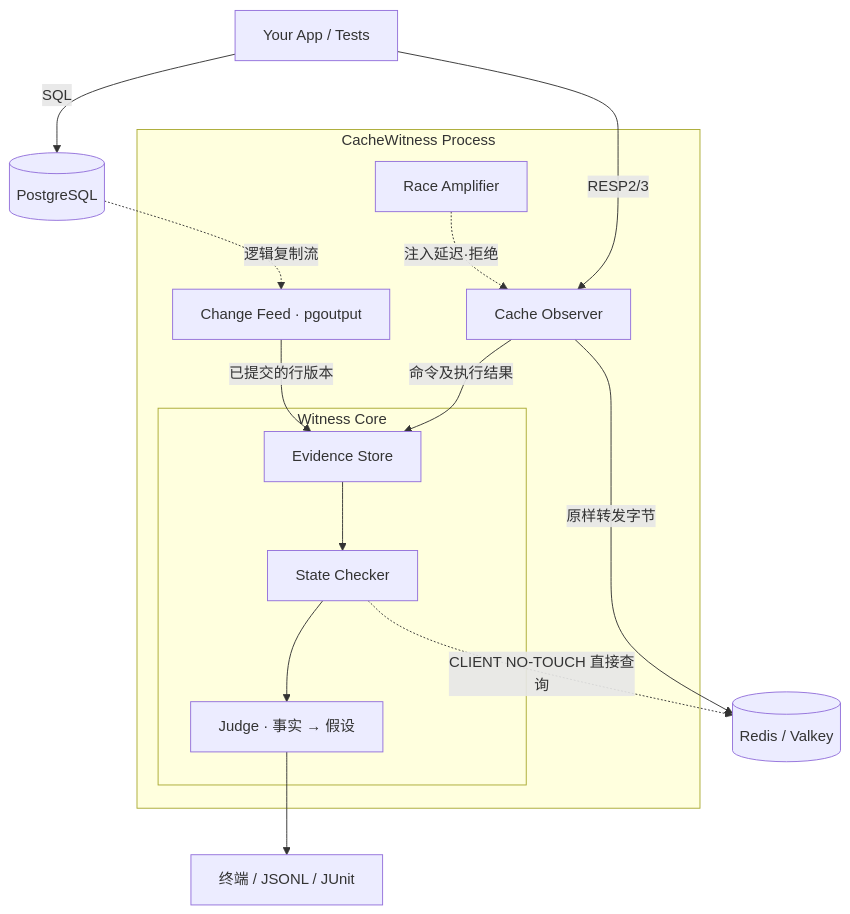
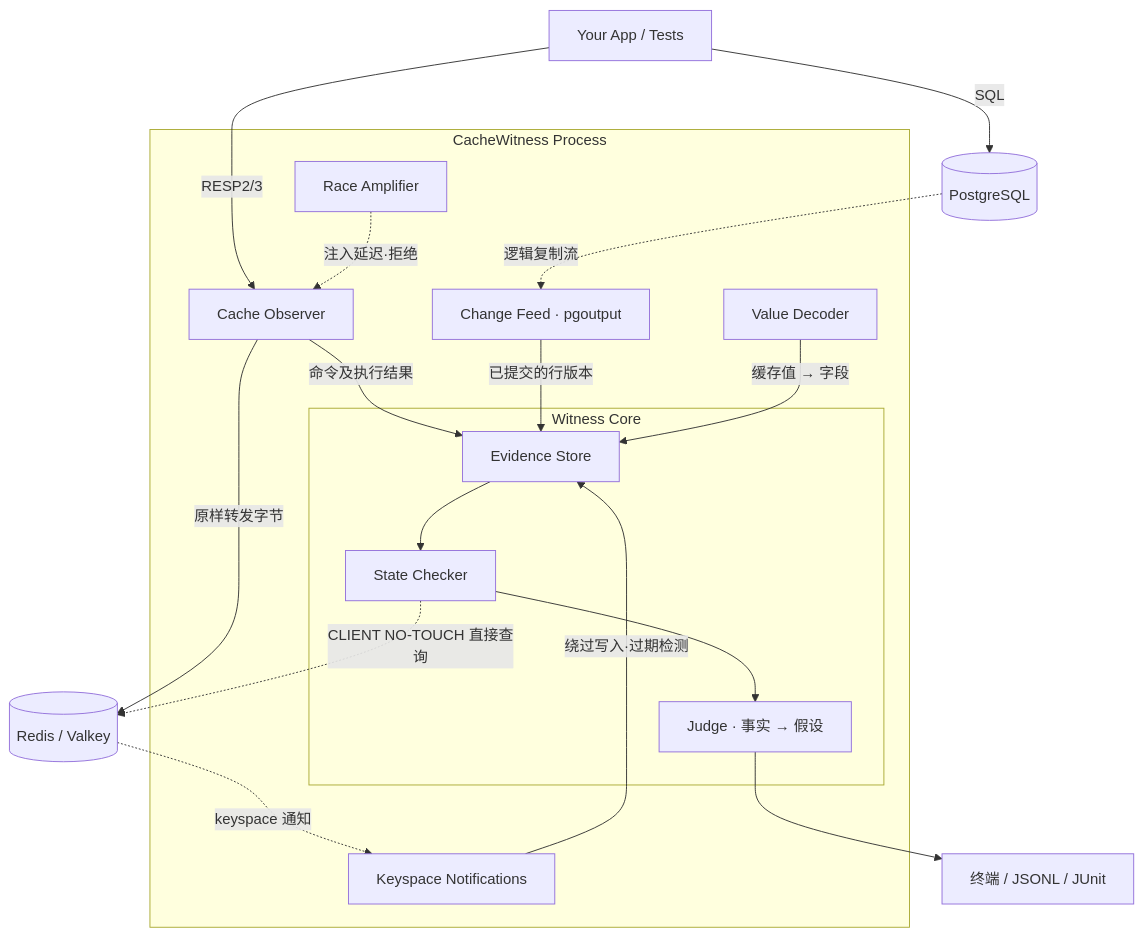
The diagram in docs/readme/README_zh.md (AsyncNomad/CacheWitness), drawn with Mermaid before and after one commit. The commit also changed other lines of this file and 3 other files, not shown here.

````diff
--- a/docs/readme/README_zh.md
+++ b/docs/readme/README_zh.md
@@ -199,27 +203,32 @@
 ```mermaid
 graph TD
     App[Your App / Tests] -->|RESP2/3| Observer
     App -->|SQL| PG[(PostgreSQL)]
 
     subgraph Process [CacheWitness Process]
         Observer[Cache Observer]
         Feed[Change Feed · pgoutput]
+        Notif[Keyspace Notifications]
+        Decode[Value Decoder]
         Amp[Race Amplifier]
 
         subgraph Core [Witness Core]
             Store[Evidence Store]
             Checker[State Checker]
             Judge[Judge · 事实 → 假设]
         end
 
         Observer -->|命令及执行结果| Store
         Feed -->|已提交的行版本| Store
+        Notif -->|绕过写入·过期检测| Store
+        Decode -->|缓存值 → 字段| Store
         Store --> Checker --> Judge
         Amp -.->|注入延迟·拒绝| Observer
     end
 
     Observer -->|原样转发字节| Redis[(Redis / Valkey)]
     PG -.->|逻辑复制流| Feed
+    Redis -.->|keyspace 通知| Notif
     Checker -.->|CLIENT NO-TOUCH 直接查询| Redis
     Judge --> Report[终端 / JSONL / JUnit]
 ```
````
